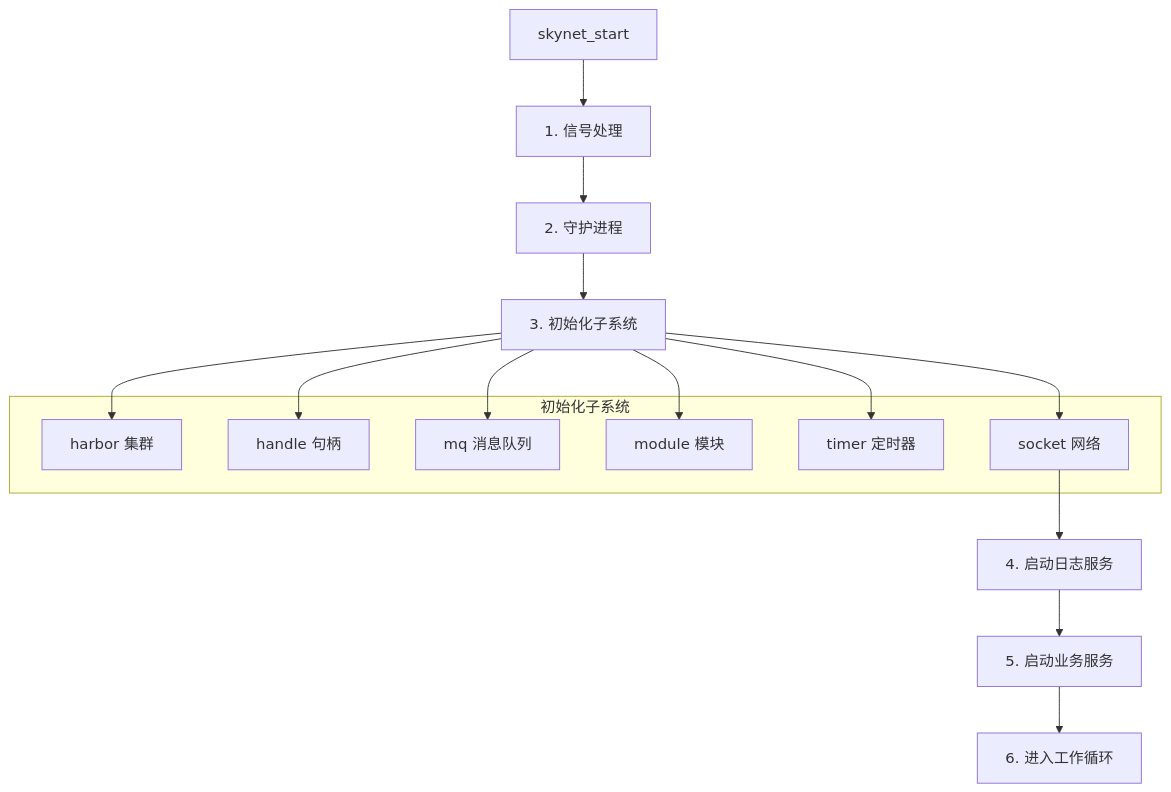
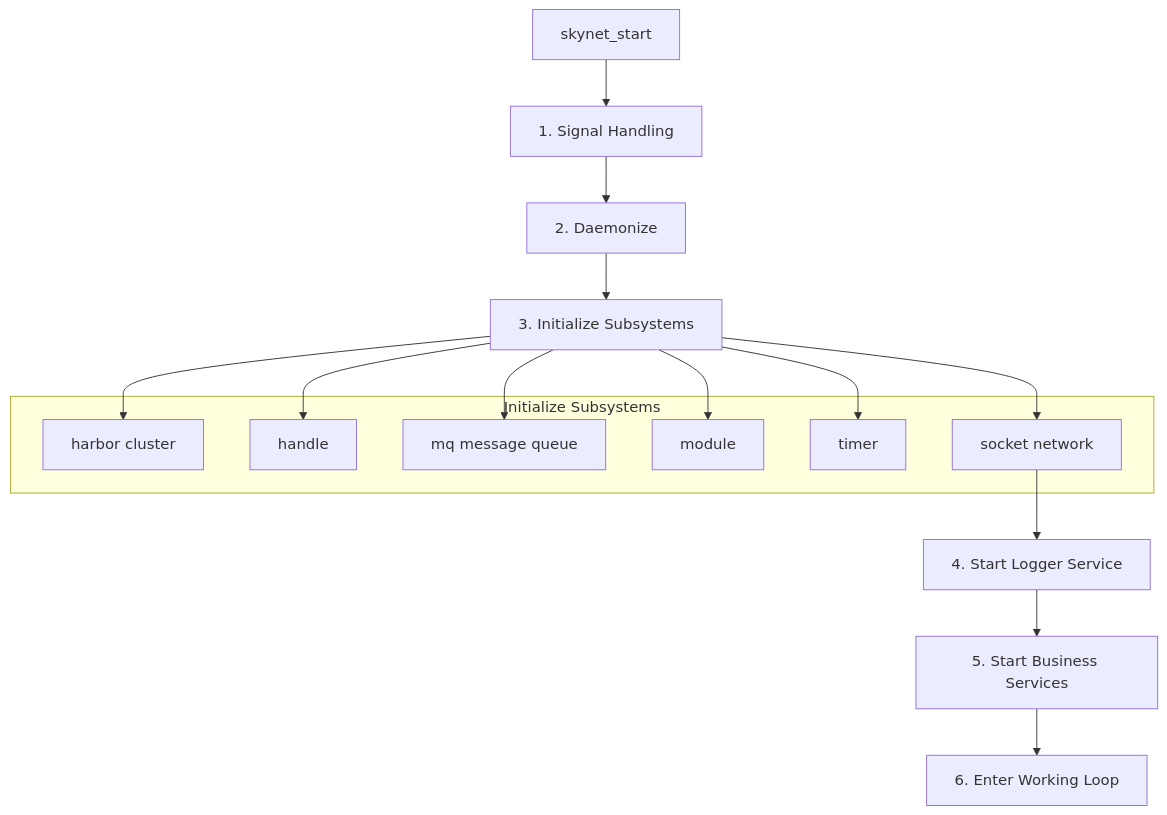
One commit to cuihairu/skynet changed the first of 2 diagrams in docs/analysis/skynet-start.md. Above: the diagram before and after it, drawn with Mermaid. The commit also changed other lines of this file and 86 other files, not shown here.

````diff
--- a/docs/analysis/skynet-start.md
+++ b/docs/analysis/skynet-start.md
@@ -9,26 +9,26 @@
 ```mermaid
 graph TB
-    Start[skynet_start] --> A[1. 信号处理]
-    A --> B[2. 守护进程]
-    B --> C[3. 初始化子系统]
+    Start[skynet_start] --> A[1. Signal Handling]
+    A --> B[2. Daemonize]
+    B --> C[3. Initialize Subsystems]
     
-    subgraph 初始化子系统
-        C1[harbor 集群]
-        C2[handle 句柄]
-        C3[mq 消息队列]
-        C4[module 模块]
-        C5[timer 定时器]
-        C6[socket 网络]
+    subgraph Initialize Subsystems
+        C1[harbor cluster]
+        C2[handle]
+        C3[mq message queue]
+        C4[module]
+        C5[timer]
+        C6[socket network]
     end
     
     C --> C1
     C --> C2
     C --> C3
     C --> C4
     C --> C5
     C --> C6
     
-    C6 --> D[4. 启动日志服务]
-    D --> E[5. 启动业务服务]
-    E --> F[6. 进入工作循环]
+    C6 --> D[4. Start Logger Service]
+    D --> E[5. Start Business Services]
+    E --> F[6. Enter Working Loop]
 ```
````
